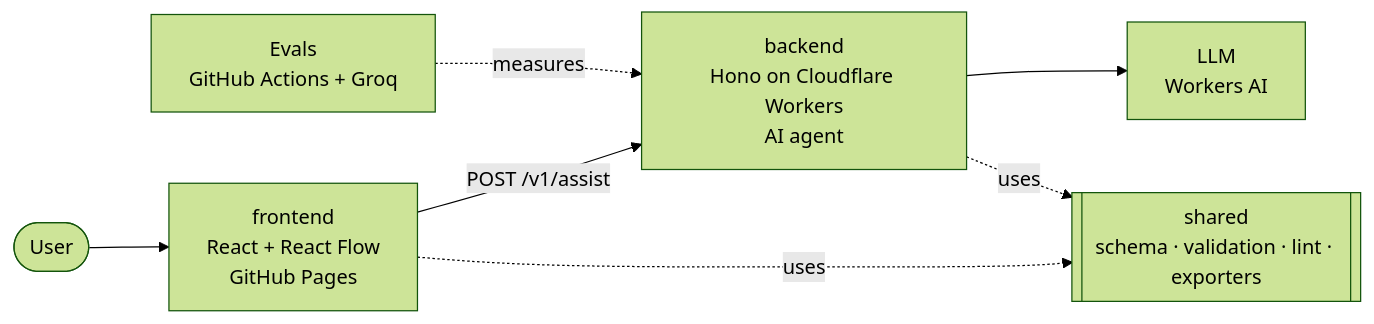
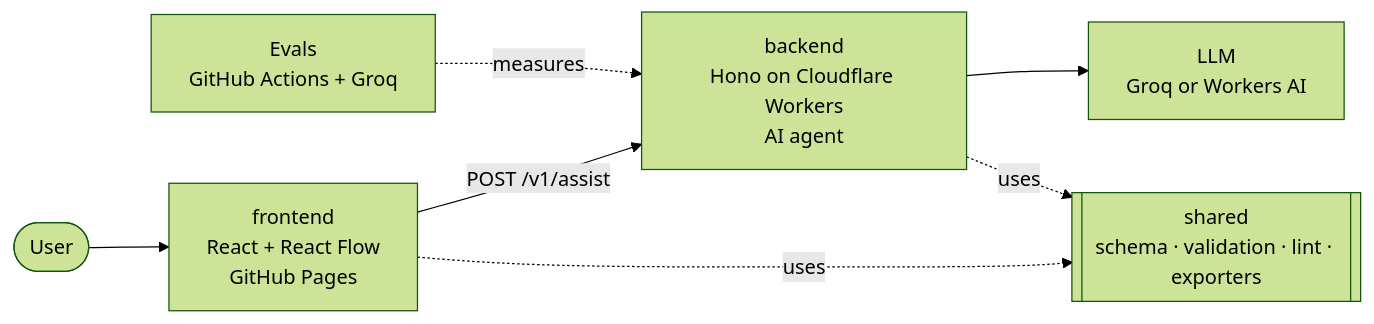
One commit to cosmemorillojulia/archdraft changed the diagram in README.md. Above: the diagram before and after it, drawn with Mermaid (forest theme). The commit also changed other lines of this file and 5 other files, not shown here.

````diff
--- a/README.md
+++ b/README.md
@@ -21,10 +37,10 @@
 ```mermaid
 flowchart LR
   user([User]) --> web["frontend<br/>React + React Flow<br/>GitHub Pages"]
   web -- "POST /v1/assist" --> api["backend<br/>Hono on Cloudflare Workers<br/>AI agent"]
-  api --> llm["LLM<br/>Workers AI"]
+  api --> llm["LLM<br/>Groq or Workers AI"]
   shared[["shared<br/>schema · validation · lint · exporters"]]
   web -. uses .-> shared
   api -. uses .-> shared
   evals["Evals<br/>GitHub Actions + Groq"] -. measures .-> api
 ```
````
